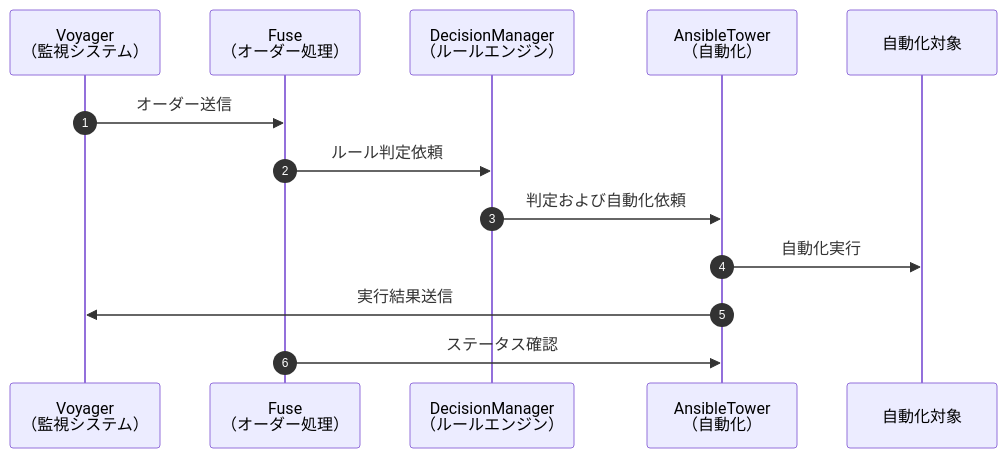
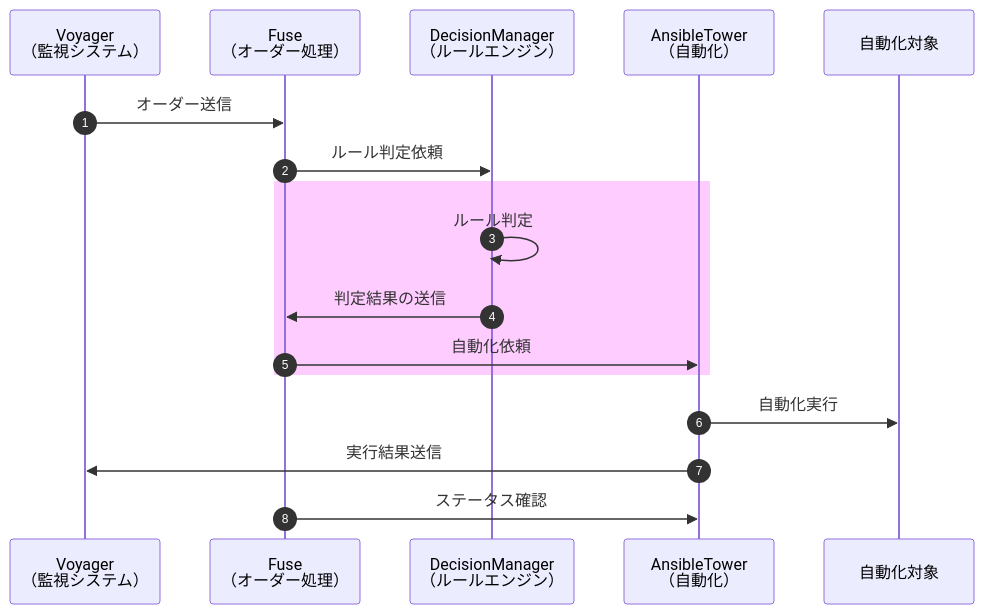
One commit to panda-git-hub/handbook changed the diagram in hoge.md. Above: the diagram before and after it, drawn with Mermaid.

````diff
--- a/hoge.md
+++ b/hoge.md
@@ -1,16 +1,20 @@
 ```mermaid
 sequenceDiagram
   autonumber
   participant A as Voyager<br>（監視システム）
   participant B as Fuse<br>（オーダー処理）
   participant C as DecisionManager<br>（ルールエンジン）
   participant D as AnsibleTower<br>（自動化）
   participant E as 自動化対象
 
   A->>B: オーダー送信
   B->>C: ルール判定依頼
-  C->>D: 判定および自動化依頼
+  rect rgba(255,0,255, 0.2)
+  C->>C: ルール判定
+  C->>B: 判定結果の送信
+  B->>D: 自動化依頼
+  end
   D->>E: 自動化実行  
   D->>A: 実行結果送信
   B->>D: ステータス確認 
 ```
````
